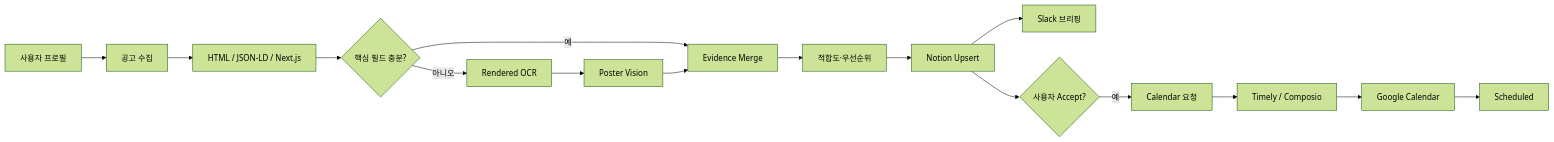
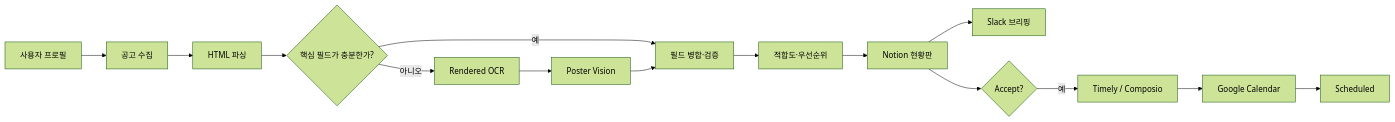
The diagram in README.md (CHOIGIBUM/campus-mate-ai-agent), drawn with Mermaid (forest theme) before and after one commit. The commit also changed other lines of this file and 3 other files, not shown here.

````diff
--- a/README.md
+++ b/README.md
@@ -138,18 +74,17 @@
 ```mermaid
 flowchart LR
     P[사용자 프로필] --> C[공고 수집]
-    C --> H[HTML / JSON-LD / Next.js]
-    H --> Q{핵심 필드 충분?}
+    C --> H[HTML 파싱]
+    H --> Q{핵심 필드가 충분한가?}
     Q -- 아니오 --> O[Rendered OCR]
     O --> V[Poster Vision]
-    Q -- 예 --> M[Evidence Merge]
+    Q -- 예 --> M[필드 병합·검증]
     V --> M
     M --> R[적합도·우선순위]
-    R --> N[Notion Upsert]
+    R --> N[Notion 현황판]
     N --> S[Slack 브리핑]
-    N --> A{사용자 Accept?}
-    A -- 예 --> G[Calendar 요청]
-    G --> T[Timely / Composio]
-    T --> GC[Google Calendar]
-    GC --> ST[Scheduled]
+    N --> A{Accept?}
+    A -- 예 --> T[Timely / Composio]
+    T --> G[Google Calendar]
+    G --> D[Scheduled]
 ```
````
